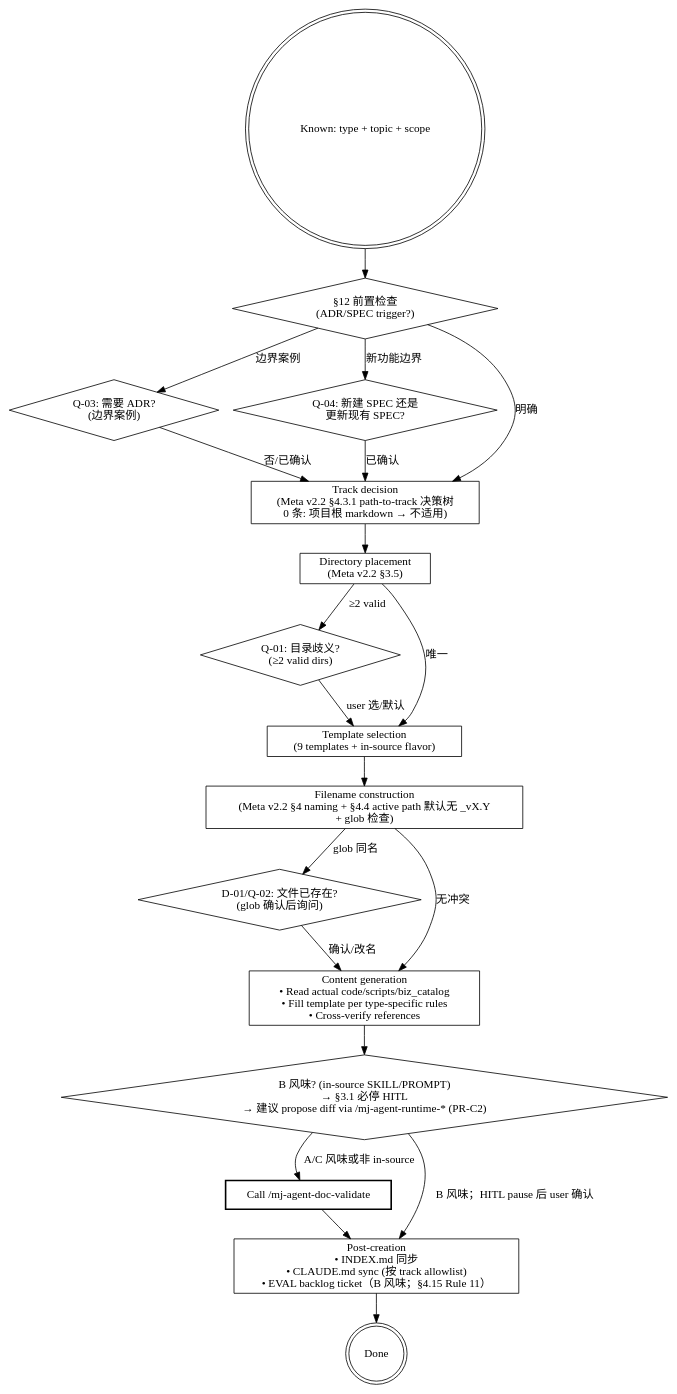
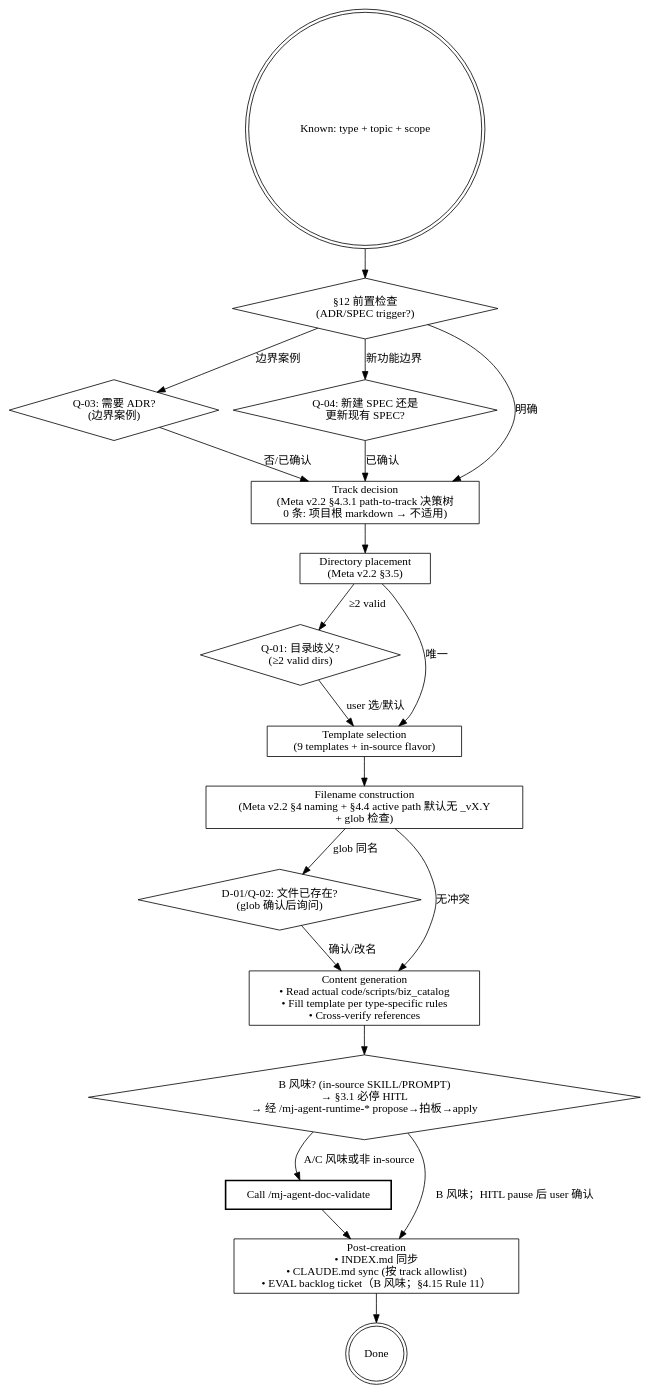
Before and after one commit to MJ-AgentLab/mj-agent: the diagram in .claude/skills/mj-agent-doc-author/SKILL.md, drawn with Graphviz. The commit also changed other lines of this file and 20 other files, not shown here.

First line of the commit message:
docs: HITL propose→拍板→apply model + deny→ask (ADR-034)

````diff
--- a/.claude/skills/mj-agent-doc-author/SKILL.md
+++ b/.claude/skills/mj-agent-doc-author/SKILL.md
@@ -33,53 +33,53 @@
 ```dot
 digraph author {
   rankdir=TB;
   start [label="Known: type + topic + scope" shape=doublecircle];
 
   precheck [label="§12 前置检查\n(ADR/SPEC trigger?)" shape=diamond];
 
   q03 [label="Q-03: 需要 ADR?\n(边界案例)" shape=diamond];
   q04 [label="Q-04: 新建 SPEC 还是\n更新现有 SPEC?" shape=diamond];
 
   track [label="Track decision\n(Meta v2.2 §4.3.1 path-to-track 决策树\n0 条: 项目根 markdown → 不适用)" shape=box];
 
   dir [label="Directory placement\n(Meta v2.2 §3.5)" shape=box];
 
   q01 [label="Q-01: 目录歧义?\n(≥2 valid dirs)" shape=diamond];
 
   template [label="Template selection\n(9 templates + in-source flavor)" shape=box];
 
   filename [label="Filename construction\n(Meta v2.2 §4 naming + §4.4 active path 默认无 _vX.Y\n+ glob 检查)" shape=box];
 
   d01q02 [label="D-01/Q-02: 文件已存在?\n(glob 确认后询问)" shape=diamond];
 
   content [label="Content generation\n• Read actual code/scripts/biz_catalog\n• Fill template per type-specific rules\n• Cross-verify references" shape=box];
 
-  hitl_b [label="B 风味? (in-source SKILL/PROMPT)\n→ §3.1 必停 HITL\n→ 建议 propose diff via /mj-agent-runtime-* (PR-C2)" shape=diamond];
+  hitl_b [label="B 风味? (in-source SKILL/PROMPT)\n→ §3.1 必停 HITL\n→ 经 /mj-agent-runtime-* propose→拍板→apply" shape=diamond];
 
   validate [label="Call /mj-agent-doc-validate" shape=box style=bold];
 
   post [label="Post-creation\n• INDEX.md 同步\n• CLAUDE.md sync (按 track allowlist)\n• EVAL backlog ticket（B 风味；§4.15 Rule 11）" shape=box];
 
   done [label="Done" shape=doublecircle];
 
   start -> precheck;
   precheck -> q03 [label="边界案例"];
   precheck -> q04 [label="新功能边界"];
   precheck -> track [label="明确"];
   q03 -> track [label="否/已确认"];
   q04 -> track [label="已确认"];
   track -> dir;
   dir -> q01 [label="≥2 valid"];
   dir -> template [label="唯一"];
   q01 -> template [label="user 选/默认"];
   template -> filename;
   filename -> d01q02 [label="glob 同名"];
   filename -> content [label="无冲突"];
   d01q02 -> content [label="确认/改名"];
   content -> hitl_b;
   hitl_b -> validate [label="A/C 风味或非 in-source"];
   hitl_b -> post [label="B 风味；HITL pause 后 user 确认"];
   validate -> post;
   post -> done;
 }
 ```
````
